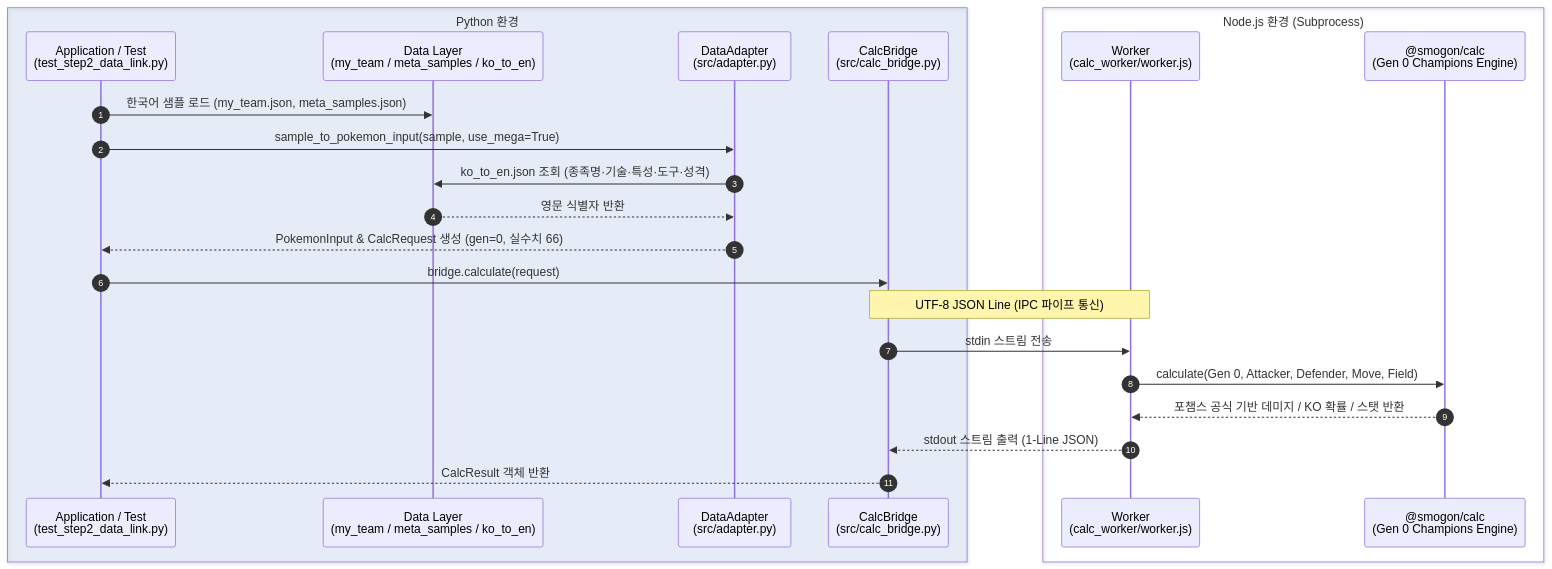
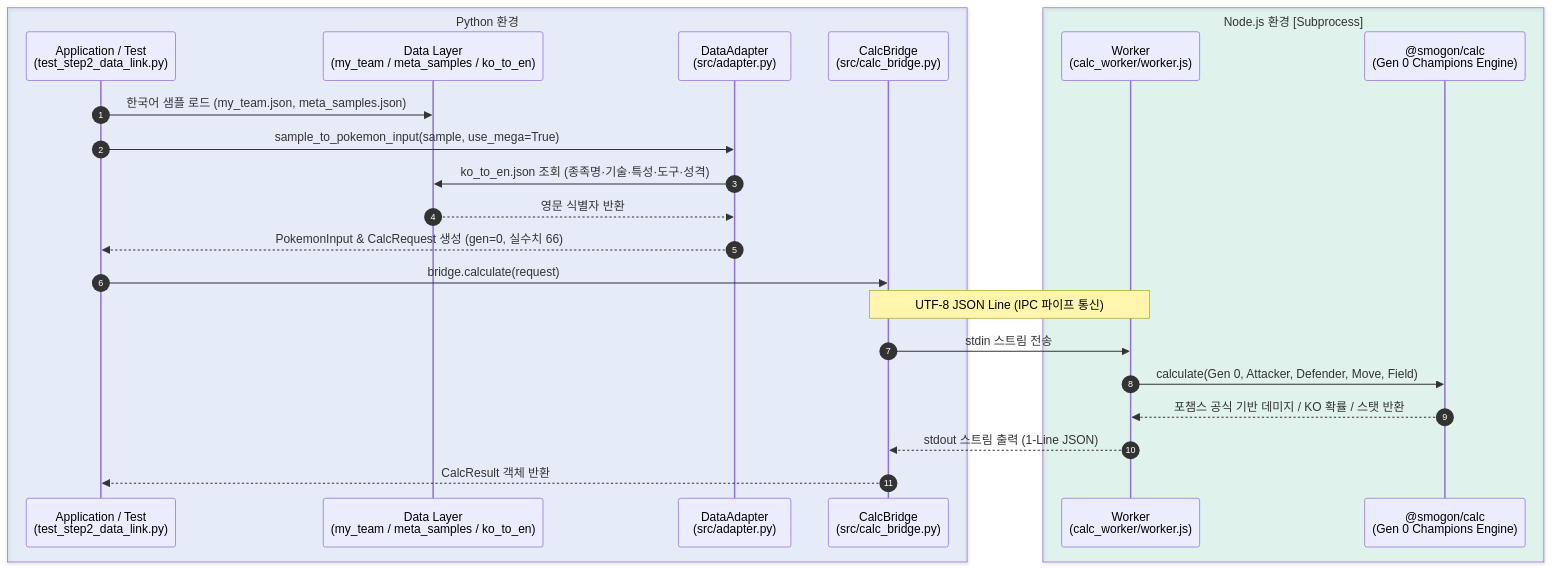
The diagram in docs/STEP2_GUIDE.md (LGJ0405/pochamps-assistant), drawn with Mermaid before and after one commit. The commit also changed other lines of this file and 12 other files, not shown here.

````diff
--- a/docs/STEP2_GUIDE.md
+++ b/docs/STEP2_GUIDE.md
@@ -47,27 +46,27 @@
 ```mermaid
 sequenceDiagram
     autonumber
     box rgba(59, 130, 246, 0.1) Python 환경
         participant A as Application / Test<br/>(test_step2_data_link.py)
         participant DATA as Data Layer<br/>(my_team / meta_samples / ko_to_en)
         participant ADP as DataAdapter<br/>(src/adapter.py)
         participant B as CalcBridge<br/>(src/calc_bridge.py)
     end
-    box Node.js 환경 (Subprocess)
+    box rgba(16, 185, 129, 0.1) Node.js 환경 [Subprocess]
         participant C as Worker<br/>(calc_worker/worker.js)
         participant D as @smogon/calc<br/>(Gen 0 Champions Engine)
     end
 
     A->>DATA: 한국어 샘플 로드 (my_team.json, meta_samples.json)
     A->>ADP: sample_to_pokemon_input(sample, use_mega=True)
     ADP->>DATA: ko_to_en.json 조회 (종족명·기술·특성·도구·성격)
     DATA-->>ADP: 영문 식별자 반환
     ADP-->>A: PokemonInput & CalcRequest 생성 (gen=0, 실수치 66)
     A->>B: bridge.calculate(request)
     Note over B,C: UTF-8 JSON Line (IPC 파이프 통신)
     B->>C: stdin 스트림 전송
     C->>D: calculate(Gen 0, Attacker, Defender, Move, Field)
     D-->>C: 포챔스 공식 기반 데미지 / KO 확률 / 스탯 반환
     C-->>B: stdout 스트림 출력 (1-Line JSON)
     B-->>A: CalcResult 객체 반환
 ```
````
